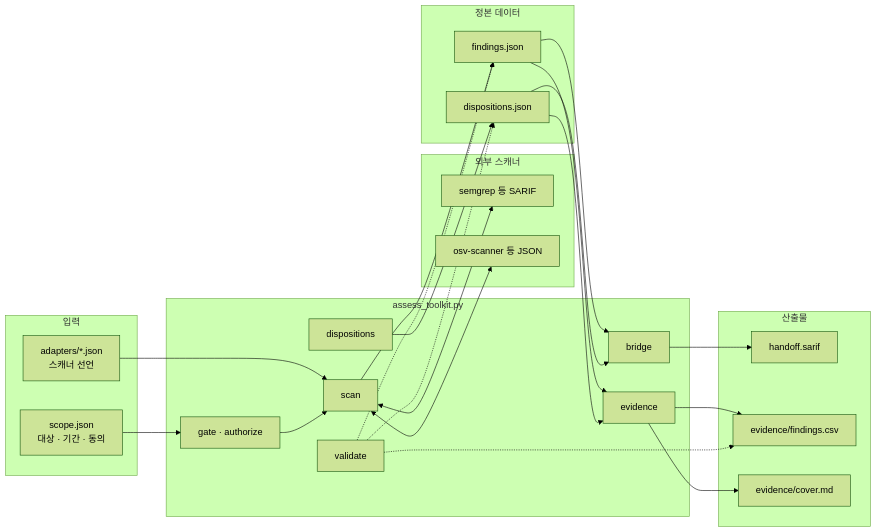
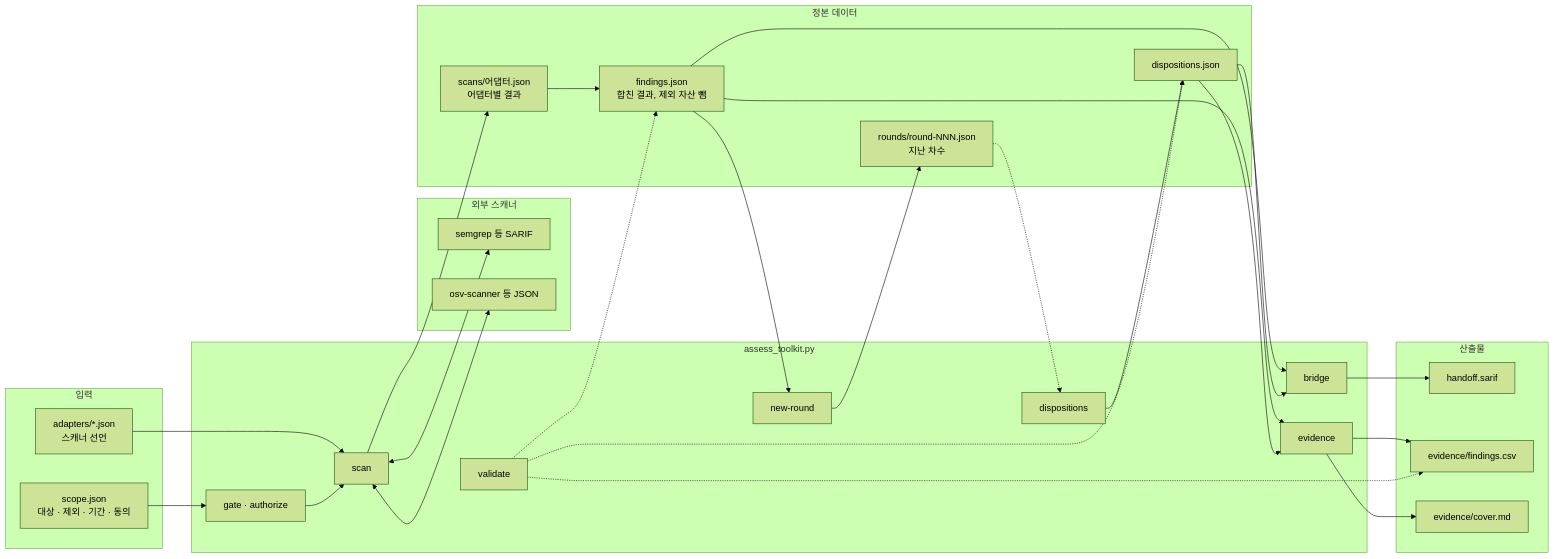
Before and after one commit to seo0tak/agent-skills: the first of 2 diagrams in plugins/security-assessment/skills/security-assessment/toolkit/docs/HOW_IT_WORKS.md, drawn with Mermaid (forest theme). The commit also changed other lines of this file and 17 other files, not shown here.

````diff
--- a/plugins/security-assessment/skills/security-assessment/toolkit/docs/HOW_IT_WORKS.md
+++ b/plugins/security-assessment/skills/security-assessment/toolkit/docs/HOW_IT_WORKS.md
@@ -12,45 +13,52 @@
 ```mermaid
 flowchart LR
   subgraph IN["입력"]
-    scope["scope.json<br/>대상 · 기간 · 동의"]
+    scope["scope.json<br/>대상 · 제외 · 기간 · 동의"]
     adapters["adapters/*.json<br/>스캐너 선언"]
   end
   subgraph TOOL["assess_toolkit.py"]
     gate["gate · authorize"]
     scan["scan"]
+    round["new-round"]
     disp["dispositions"]
     bridge["bridge"]
     ev["evidence"]
     val["validate"]
   end
   subgraph EXT["외부 스캐너"]
     s1["semgrep 등 SARIF"]
     s2["osv-scanner 등 JSON"]
   end
   subgraph DATA["정본 데이터"]
-    f["findings.json"]
+    sc["scans/어댑터.json<br/>어댑터별 결과"]
+    f["findings.json<br/>합친 결과, 제외 자산 뺌"]
+    rd["rounds/round-NNN.json<br/>지난 차수"]
     d["dispositions.json"]
   end
   subgraph OUT["산출물"]
     h["handoff.sarif"]
     csv["evidence/findings.csv"]
     cover["evidence/cover.md"]
   end
   scope --> gate
   adapters --> scan
   gate --> scan
   scan <--> s1
   scan <--> s2
-  scan --> f
+  scan --> sc
+  sc --> f
+  f --> round
+  round --> rd
   disp --> d
+  rd -.-> disp
   f --> bridge
   d --> bridge
   bridge --> h
   f --> ev
   d --> ev
   ev --> csv
   ev --> cover
   val -.-> f
   val -.-> d
   val -.-> csv
 ```
````
